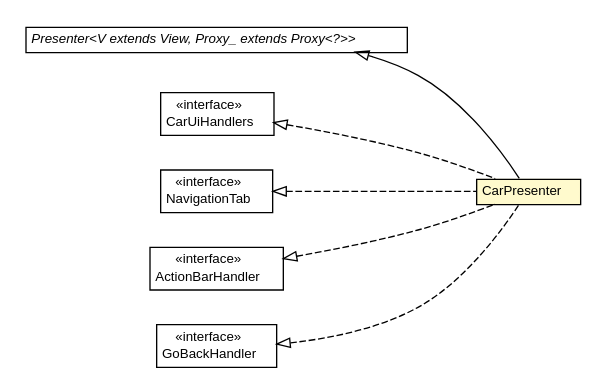
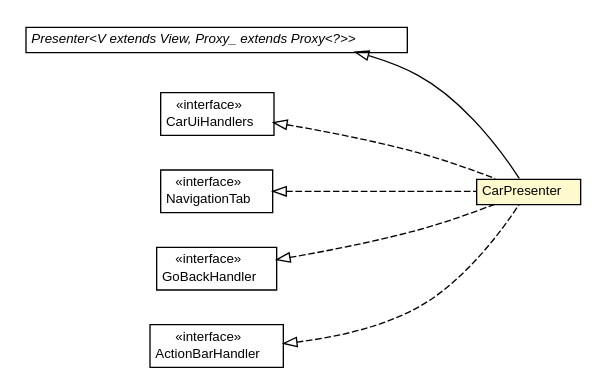
One commit to ArcBees/GWTP changed the diagram in javadoc/apidocs/com/gwtplatform/carstore/client/application/cars/car/CarPresenter.dot. Above: the diagram before and after it, drawn with Graphviz. The commit also changed 2255 other files, not shown here.

```diff
--- a/javadoc/apidocs/com/gwtplatform/carstore/client/application/cars/car/CarPresenter.dot
+++ b/javadoc/apidocs/com/gwtplatform/carstore/client/application/cars/car/CarPresenter.dot
@@ -1,63 +1,63 @@
 #!/usr/local/bin/dot
 #
 # Class diagram 
 # Generated by UMLGraph version R5_6-24-gf6e263 (http://www.umlgraph.org/)
 #
 
 digraph G {
 	edge [fontname="Helvetica",fontsize=10,labelfontname="Helvetica",labelfontsize=10];
 	node [fontname="Helvetica",fontsize=10,shape=plaintext];
 	nodesep=0.25;
 	ranksep=0.5;
 	rankdir=LR;
 	// com.gwtplatform.mvp.client.Presenter<V extends com.gwtplatform.mvp.client.View, Proxy_ extends com.gwtplatform.mvp.client.proxy.Proxy<?>>
-	c111448 [label=<<table title="com.gwtplatform.mvp.client.Presenter" border="0" cellborder="1" cellspacing="0" cellpadding="2" port="p" href="../../../../../mvp/client/Presenter.html">
+	c111371 [label=<<table title="com.gwtplatform.mvp.client.Presenter" border="0" cellborder="1" cellspacing="0" cellpadding="2" port="p" href="../../../../../mvp/client/Presenter.html">
 		<tr><td><table border="0" cellspacing="0" cellpadding="1">
 <tr><td align="center" balign="center"><font face="Helvetica-Oblique"> Presenter&lt;V extends View, Proxy_ extends Proxy&lt;?&gt;&gt; </font></td></tr>
 		</table></td></tr>
 		</table>>, URL="../../../../../mvp/client/Presenter.html", fontname="Helvetica", fontcolor="black", fontsize=10.0];
 	// com.gwtplatform.carstore.client.application.cars.car.CarUiHandlers
-	c111728 [label=<<table title="com.gwtplatform.carstore.client.application.cars.car.CarUiHandlers" border="0" cellborder="1" cellspacing="0" cellpadding="2" port="p" href="./CarUiHandlers.html">
+	c111609 [label=<<table title="com.gwtplatform.carstore.client.application.cars.car.CarUiHandlers" border="0" cellborder="1" cellspacing="0" cellpadding="2" port="p" href="./CarUiHandlers.html">
 		<tr><td><table border="0" cellspacing="0" cellpadding="1">
 <tr><td align="center" balign="center"> &#171;interface&#187; </td></tr>
 <tr><td align="center" balign="center"> CarUiHandlers </td></tr>
 		</table></td></tr>
 		</table>>, URL="./CarUiHandlers.html", fontname="Helvetica", fontcolor="black", fontsize=10.0];
 	// com.gwtplatform.carstore.client.application.cars.car.CarPresenter
-	c111729 [label=<<table title="com.gwtplatform.carstore.client.application.cars.car.CarPresenter" border="0" cellborder="1" cellspacing="0" cellpadding="2" port="p" bgcolor="lemonChiffon" href="./CarPresenter.html">
+	c111617 [label=<<table title="com.gwtplatform.carstore.client.application.cars.car.CarPresenter" border="0" cellborder="1" cellspacing="0" cellpadding="2" port="p" bgcolor="lemonChiffon" href="./CarPresenter.html">
 		<tr><td><table border="0" cellspacing="0" cellpadding="1">
 <tr><td align="center" balign="center"> CarPresenter </td></tr>
 		</table></td></tr>
 		</table>>, URL="./CarPresenter.html", fontname="Helvetica", fontcolor="black", fontsize=10.0];
 	// com.gwtplatform.carstore.client.application.cars.car.navigation.NavigationTab
-	c111756 [label=<<table title="com.gwtplatform.carstore.client.application.cars.car.navigation.NavigationTab" border="0" cellborder="1" cellspacing="0" cellpadding="2" port="p" href="./navigation/NavigationTab.html">
+	c111628 [label=<<table title="com.gwtplatform.carstore.client.application.cars.car.navigation.NavigationTab" border="0" cellborder="1" cellspacing="0" cellpadding="2" port="p" href="./navigation/NavigationTab.html">
 		<tr><td><table border="0" cellspacing="0" cellpadding="1">
 <tr><td align="center" balign="center"> &#171;interface&#187; </td></tr>
 <tr><td align="center" balign="center"> NavigationTab </td></tr>
 		</table></td></tr>
 		</table>>, URL="./navigation/NavigationTab.html", fontname="Helvetica", fontcolor="black", fontsize=10.0];
+	// com.gwtplatform.carstore.client.application.event.GoBackEvent.GoBackHandler
+	c111648 [label=<<table title="com.gwtplatform.carstore.client.application.event.GoBackEvent.GoBackHandler" border="0" cellborder="1" cellspacing="0" cellpadding="2" port="p" href="../../event/GoBackEvent.GoBackHandler.html">
+		<tr><td><table border="0" cellspacing="0" cellpadding="1">
+<tr><td align="center" balign="center"> &#171;interface&#187; </td></tr>
+<tr><td align="center" balign="center"> GoBackHandler </td></tr>
+		</table></td></tr>
+		</table>>, URL="../../event/GoBackEvent.GoBackHandler.html", fontname="Helvetica", fontcolor="black", fontsize=10.0];
 	// com.gwtplatform.carstore.client.application.event.ActionBarEvent.ActionBarHandler
-	c111808 [label=<<table title="com.gwtplatform.carstore.client.application.event.ActionBarEvent.ActionBarHandler" border="0" cellborder="1" cellspacing="0" cellpadding="2" port="p" href="../../event/ActionBarEvent.ActionBarHandler.html">
+	c111657 [label=<<table title="com.gwtplatform.carstore.client.application.event.ActionBarEvent.ActionBarHandler" border="0" cellborder="1" cellspacing="0" cellpadding="2" port="p" href="../../event/ActionBarEvent.ActionBarHandler.html">
 		<tr><td><table border="0" cellspacing="0" cellpadding="1">
 <tr><td align="center" balign="center"> &#171;interface&#187; </td></tr>
 <tr><td align="center" balign="center"> ActionBarHandler </td></tr>
 		</table></td></tr>
 		</table>>, URL="../../event/ActionBarEvent.ActionBarHandler.html", fontname="Helvetica", fontcolor="black", fontsize=10.0];
-	// com.gwtplatform.carstore.client.application.event.GoBackEvent.GoBackHandler
-	c111817 [label=<<table title="com.gwtplatform.carstore.client.application.event.GoBackEvent.GoBackHandler" border="0" cellborder="1" cellspacing="0" cellpadding="2" port="p" href="../../event/GoBackEvent.GoBackHandler.html">
-		<tr><td><table border="0" cellspacing="0" cellpadding="1">
-<tr><td align="center" balign="center"> &#171;interface&#187; </td></tr>
-<tr><td align="center" balign="center"> GoBackHandler </td></tr>
-		</table></td></tr>
-		</table>>, URL="../../event/GoBackEvent.GoBackHandler.html", fontname="Helvetica", fontcolor="black", fontsize=10.0];
 	//com.gwtplatform.carstore.client.application.cars.car.CarPresenter extends com.gwtplatform.mvp.client.Presenter<com.gwtplatform.carstore.client.application.cars.car.CarPresenter.MyView, com.gwtplatform.carstore.client.application.cars.car.CarPresenter.MyProxy>
-	c111448:p -> c111729:p [dir=back,arrowtail=empty];
+	c111371:p -> c111617:p [dir=back,arrowtail=empty];
 	//com.gwtplatform.carstore.client.application.cars.car.CarPresenter implements com.gwtplatform.carstore.client.application.cars.car.CarUiHandlers
-	c111728:p -> c111729:p [dir=back,arrowtail=empty,style=dashed];
+	c111609:p -> c111617:p [dir=back,arrowtail=empty,style=dashed];
 	//com.gwtplatform.carstore.client.application.cars.car.CarPresenter implements com.gwtplatform.carstore.client.application.cars.car.navigation.NavigationTab
-	c111756:p -> c111729:p [dir=back,arrowtail=empty,style=dashed];
+	c111628:p -> c111617:p [dir=back,arrowtail=empty,style=dashed];
 	//com.gwtplatform.carstore.client.application.cars.car.CarPresenter implements com.gwtplatform.carstore.client.application.event.GoBackEvent.GoBackHandler
-	c111817:p -> c111729:p [dir=back,arrowtail=empty,style=dashed];
+	c111648:p -> c111617:p [dir=back,arrowtail=empty,style=dashed];
 	//com.gwtplatform.carstore.client.application.cars.car.CarPresenter implements com.gwtplatform.carstore.client.application.event.ActionBarEvent.ActionBarHandler
-	c111808:p -> c111729:p [dir=back,arrowtail=empty,style=dashed];
+	c111657:p -> c111617:p [dir=back,arrowtail=empty,style=dashed];
 }
```
